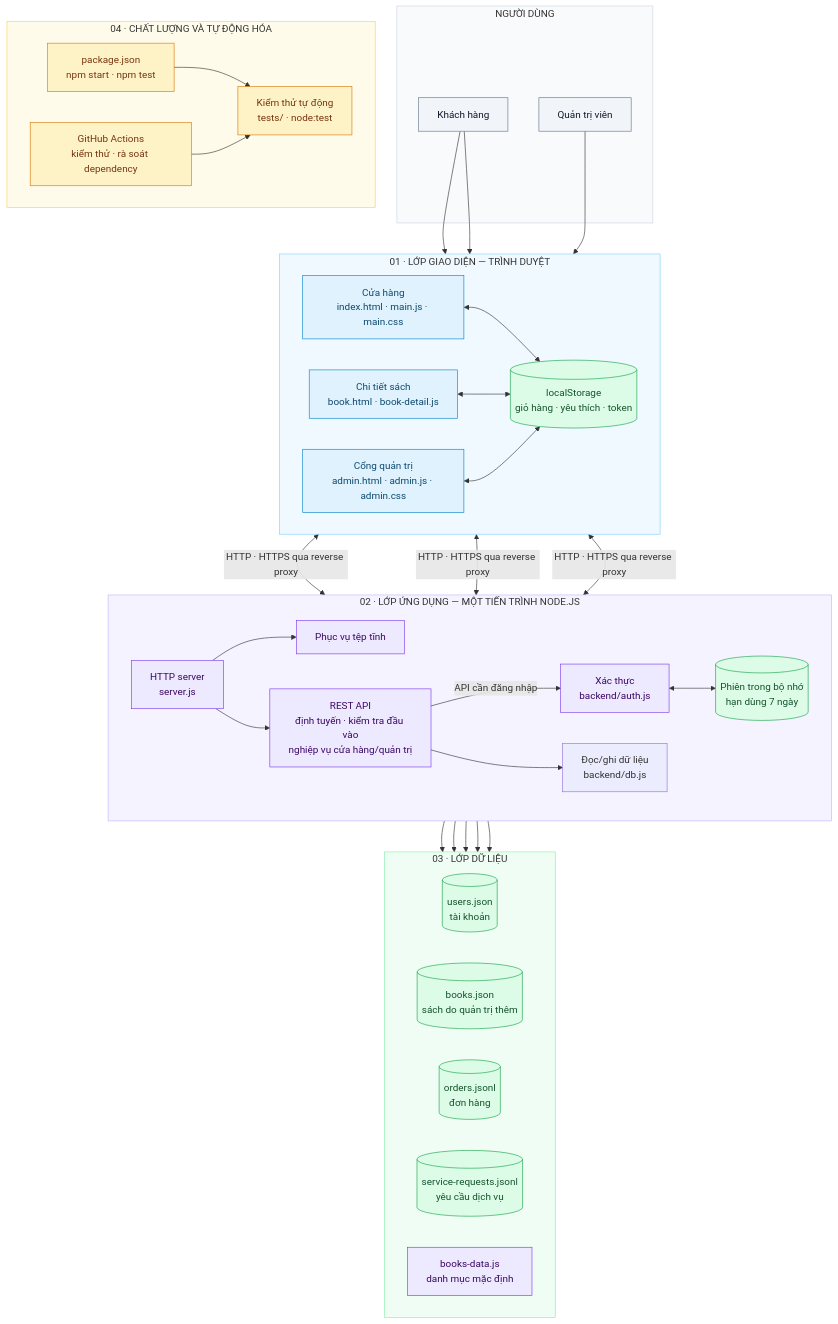
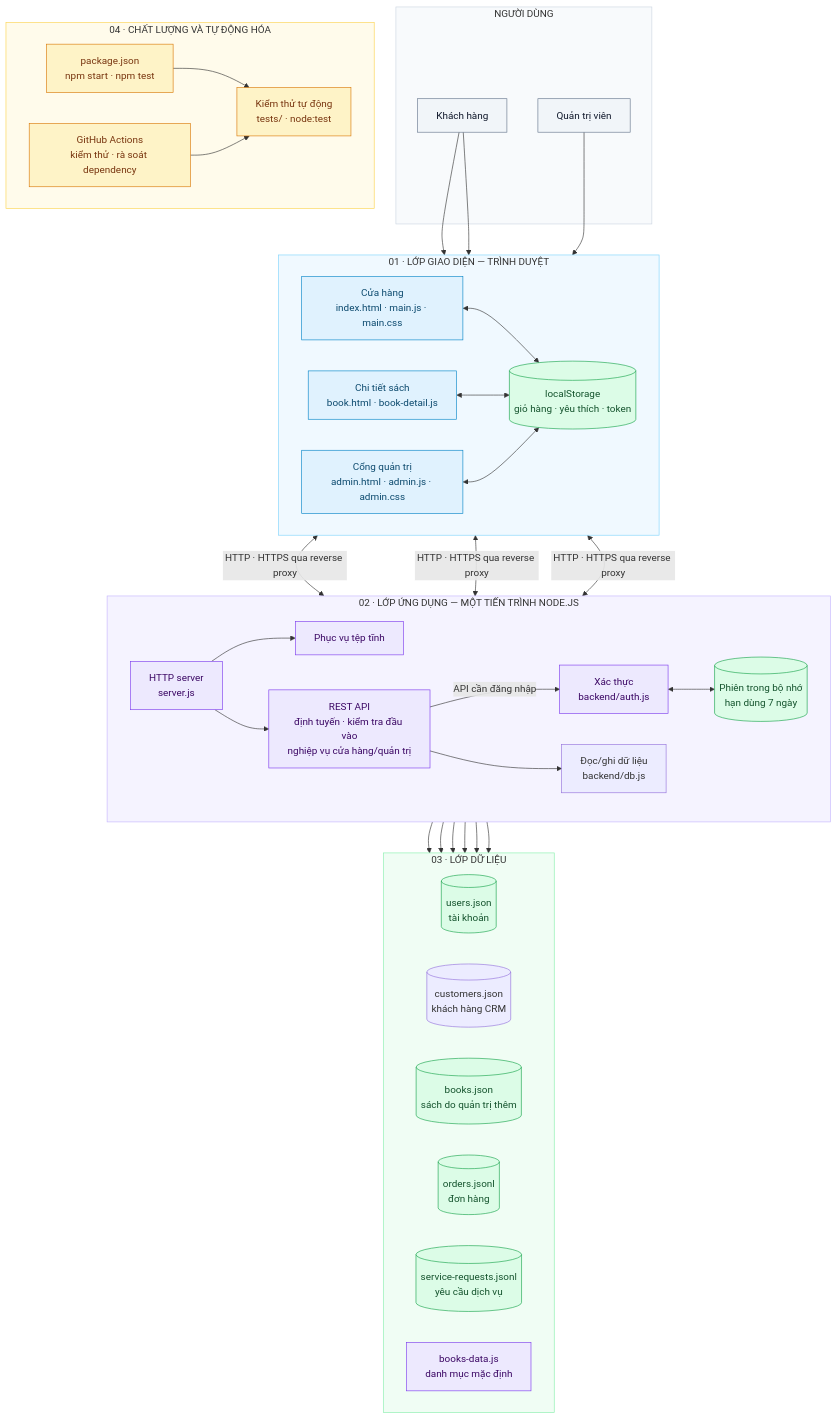
One commit to duongcongcao-0312/duannhom5-main changed the diagram in README.md. Above: the diagram before and after it, drawn with Mermaid. The commit also changed other lines of this file and 3 other files, not shown here.

````diff
--- a/README.md
+++ b/README.md
@@ -164,80 +177,82 @@
 ```mermaid
 flowchart TB
     subgraph USER["NGƯỜI DÙNG"]
         CUSTOMER["Khách hàng"]
         ADMIN["Quản trị viên"]
     end
 
     subgraph CLIENT["01 · LỚP GIAO DIỆN — TRÌNH DUYỆT"]
         direction LR
         STORE["Cửa hàng<br/>index.html · main.js · main.css"]
         DETAIL["Chi tiết sách<br/>book.html · book-detail.js"]
         ADMIN_UI["Cổng quản trị<br/>admin.html · admin.js · admin.css"]
         BROWSER_DATA[("localStorage<br/>giỏ hàng · yêu thích · token")]
         STORE <--> BROWSER_DATA
         DETAIL <--> BROWSER_DATA
         ADMIN_UI <--> BROWSER_DATA
     end
 
     subgraph APP["02 · LỚP ỨNG DỤNG — MỘT TIẾN TRÌNH NODE.JS"]
         direction LR
         SERVER["HTTP server<br/>server.js"]
         STATIC["Phục vụ tệp tĩnh"]
         API["REST API<br/>định tuyến · kiểm tra đầu vào<br/>nghiệp vụ cửa hàng/quản trị"]
         AUTH["Xác thực<br/>backend/auth.js"]
         SESSION[("Phiên trong bộ nhớ<br/>hạn dùng 7 ngày")]
         REPOSITORY["Đọc/ghi dữ liệu<br/>backend/db.js"]
         SERVER --> STATIC
         SERVER --> API
         API -->|"API cần đăng nhập"| AUTH
         AUTH <--> SESSION
         API --> REPOSITORY
     end
 
     subgraph DATA["03 · LỚP DỮ LIỆU"]
         direction LR
         USERS[("users.json<br/>tài khoản")]
+        CUSTOMERS[("customers.json<br/>khách hàng CRM")]
         BOOKS[("books.json<br/>sách do quản trị thêm")]
         ORDERS[("orders.jsonl<br/>đơn hàng")]
         SERVICES[("service-requests.jsonl<br/>yêu cầu dịch vụ")]
         CATALOG["books-data.js<br/>danh mục mặc định"]
     end
 
     subgraph QUALITY["04 · CHẤT LƯỢNG VÀ TỰ ĐỘNG HÓA"]
         direction LR
         TESTS["Kiểm thử tự động<br/>tests/ · node:test"]
         CI["GitHub Actions<br/>kiểm thử · rà soát dependency"]
         PACKAGE["package.json<br/>npm start · npm test"]
         PACKAGE --> TESTS
         CI --> TESTS
     end
 
     CUSTOMER --> STORE
     CUSTOMER --> DETAIL
     ADMIN --> ADMIN_UI
     STORE <-->|"HTTP · HTTPS qua reverse proxy"| SERVER
     DETAIL <-->|"HTTP · HTTPS qua reverse proxy"| SERVER
     ADMIN_UI <-->|"HTTP · HTTPS qua reverse proxy"| SERVER
     REPOSITORY --> USERS
+    REPOSITORY --> CUSTOMERS
     REPOSITORY --> BOOKS
     REPOSITORY --> ORDERS
     REPOSITORY --> SERVICES
     API --> CATALOG
 
     classDef people fill:#f1f5f9,stroke:#64748b,color:#0f172a,stroke-width:1px
     classDef client fill:#e0f2fe,stroke:#0284c7,color:#0c4a6e,stroke-width:1px
     classDef app fill:#ede9fe,stroke:#7c3aed,color:#3b0764,stroke-width:1px
     classDef storage fill:#dcfce7,stroke:#16a34a,color:#14532d,stroke-width:1px
     classDef quality fill:#fef3c7,stroke:#d97706,color:#78350f,stroke-width:1px
     class CUSTOMER,ADMIN people
     class STORE,DETAIL,ADMIN_UI client
     class SERVER,STATIC,API,AUTH app
     class BROWSER_DATA,SESSION,USERS,BOOKS,ORDERS,SERVICES storage
     class CATALOG app
     class TESTS,CI,PACKAGE quality
     style USER fill:#f8fafc,stroke:#cbd5e1
     style CLIENT fill:#f0f9ff,stroke:#7dd3fc
     style APP fill:#f5f3ff,stroke:#c4b5fd
     style DATA fill:#f0fdf4,stroke:#86efac
     style QUALITY fill:#fffbeb,stroke:#fcd34d
 ```
````
